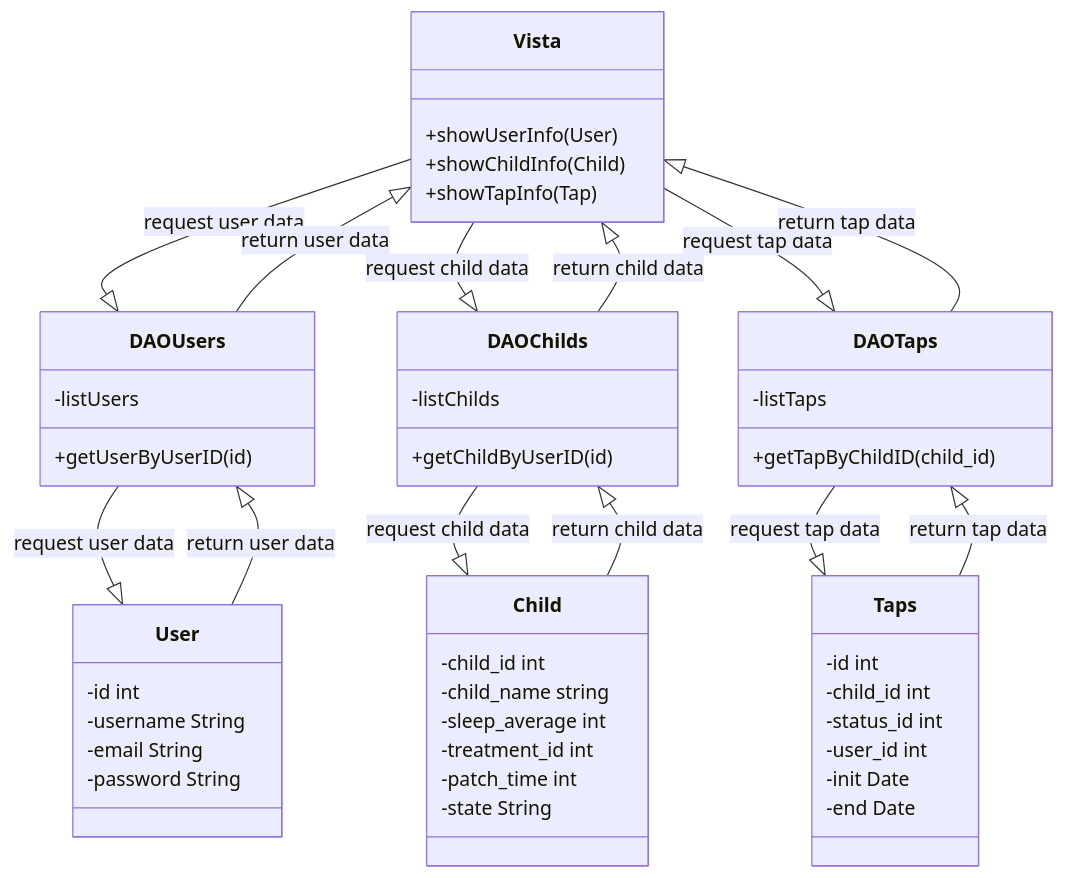
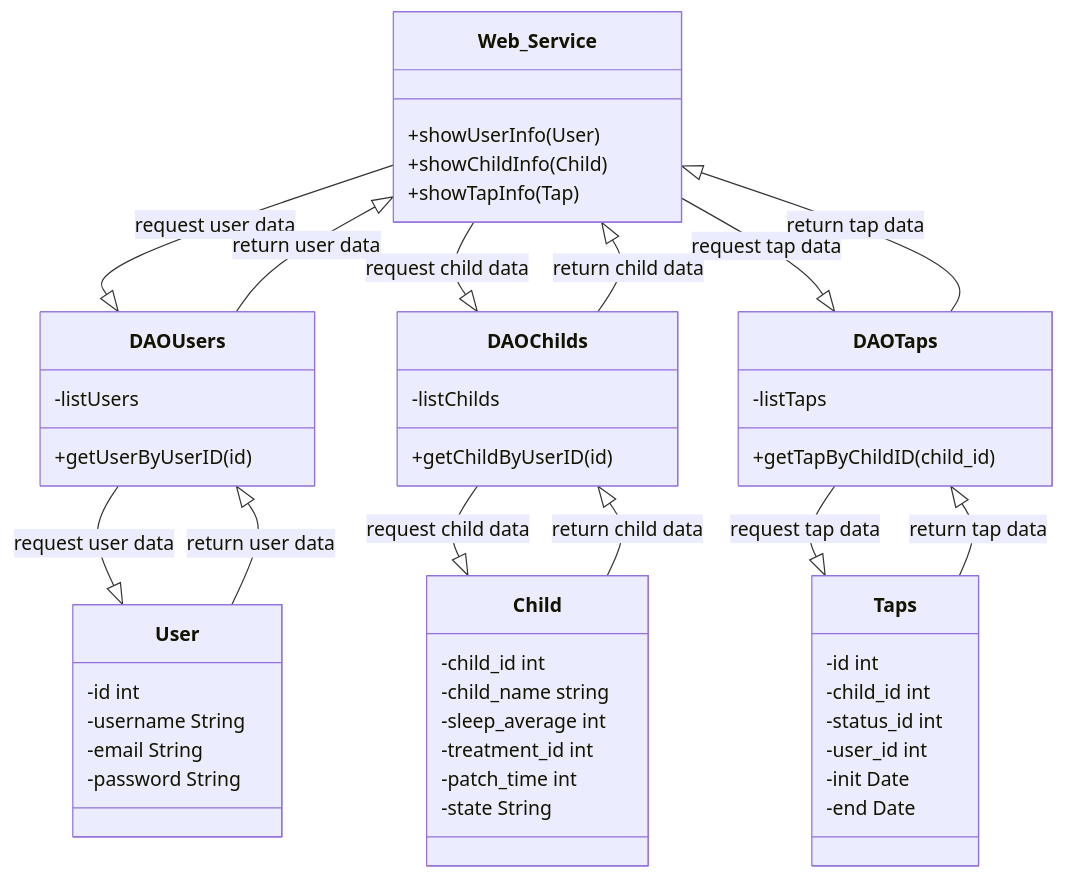
Before and after one commit to DNIXD/Tapatapp: the diagram in Prototipo2/Diagramas/Diagrama_prototip2_backend.mermaid, drawn with Mermaid. The commit also changed 8 other files, not shown here.

```diff
--- a/Prototipo2/Diagramas/Diagrama_prototip2_backend.mermaid
+++ b/Prototipo2/Diagramas/Diagrama_prototip2_backend.mermaid
@@ -1,53 +1,53 @@
 classDiagram   
-    Vista --|> DAOUsers: request user data
-    Vista --|> DAOChilds: request child data
-    Vista --|> DAOTaps: request tap data
+    Web_Service --|> DAOUsers: request user data
+    Web_Service --|> DAOChilds: request child data
+    Web_Service --|> DAOTaps: request tap data
     DAOUsers --|> User: request user data
     DAOUsers <|-- User: return user data
-    DAOUsers --|> Vista:  return user data
+    DAOUsers --|> Web_Service:  return user data
     DAOChilds --|> Child: request child data
     DAOChilds <|-- Child: return child data
-    DAOChilds --|> Vista:  return child data
+    DAOChilds --|> Web_Service:  return child data
     DAOTaps --|> Taps: request tap data
     DAOTaps <|-- Taps: return tap data
-    DAOTaps --|> Vista:  return tap data
+    DAOTaps --|> Web_Service:  return tap data
     
     class DAOUsers{
         -listUsers
         +getUserByUserID(id)
     }
     class DAOChilds{
         -listChilds
         +getChildByUserID(id)
     }
     class DAOTaps{
         -listTaps
         +getTapByChildID(child_id)
     }
-    class Vista{
+    class Web_Service{
         +showUserInfo(User)
         +showChildInfo(Child)
         +showTapInfo(Tap)
     }
     class User{
         -id int
         -username String
         -email String
         -password String
     }
     class Child{
         -child_id int
         -child_name string
         -sleep_average int
         -treatment_id int
         -patch_time int
         -state String
     }
     class Taps{
         -id int
         -child_id int
         -status_id int
         -user_id int
         -init Date
         -end Date
     }
```
